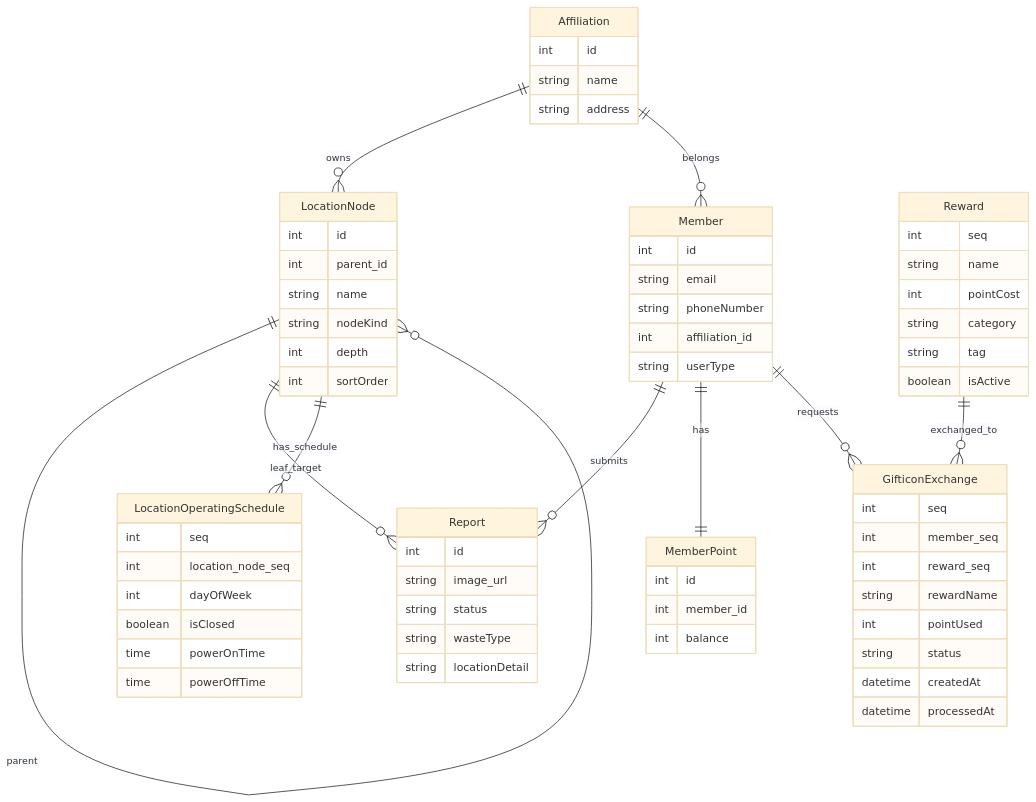
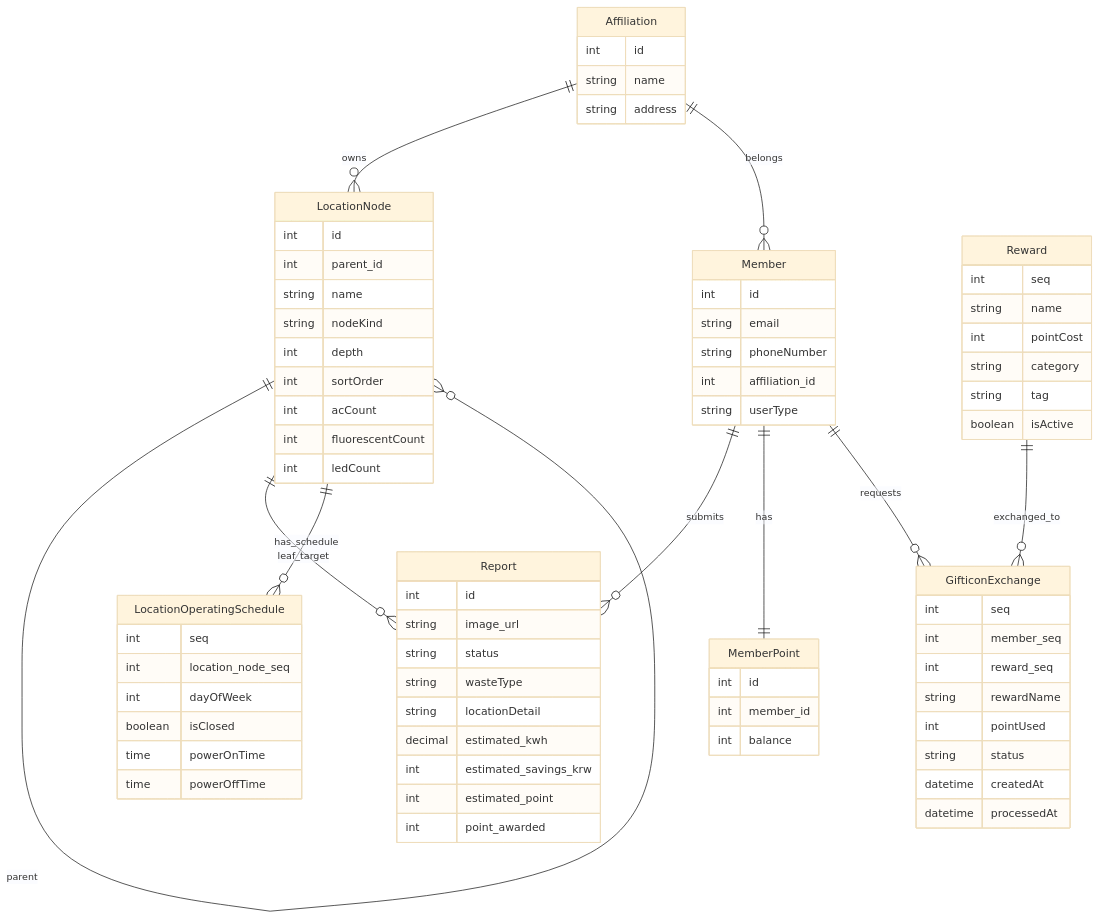
One commit to ravenkim/sundry_study changed the third of 5 diagrams in docs/최종 제안서/6_시스템구조.md. Above: the diagram before and after it, drawn with Mermaid (base theme). The commit also changed other lines of this file and 7 other files, not shown here.

```diff
--- a/docs/최종 제안서/6_시스템구조.md
+++ b/docs/최종 제안서/6_시스템구조.md
@@ -179,6 +179,9 @@
     string nodeKind
     int depth
     int sortOrder
+    int acCount
+    int fluorescentCount
+    int ledCount
   }
 
   LocationOperatingSchedule {
@@ -204,6 +207,10 @@
     string status
     string wasteType
     string locationDetail
+    decimal estimated_kwh
+    int estimated_savings_krw
+    int estimated_point
+    int point_awarded
   }
 
   MemberPoint {
```
